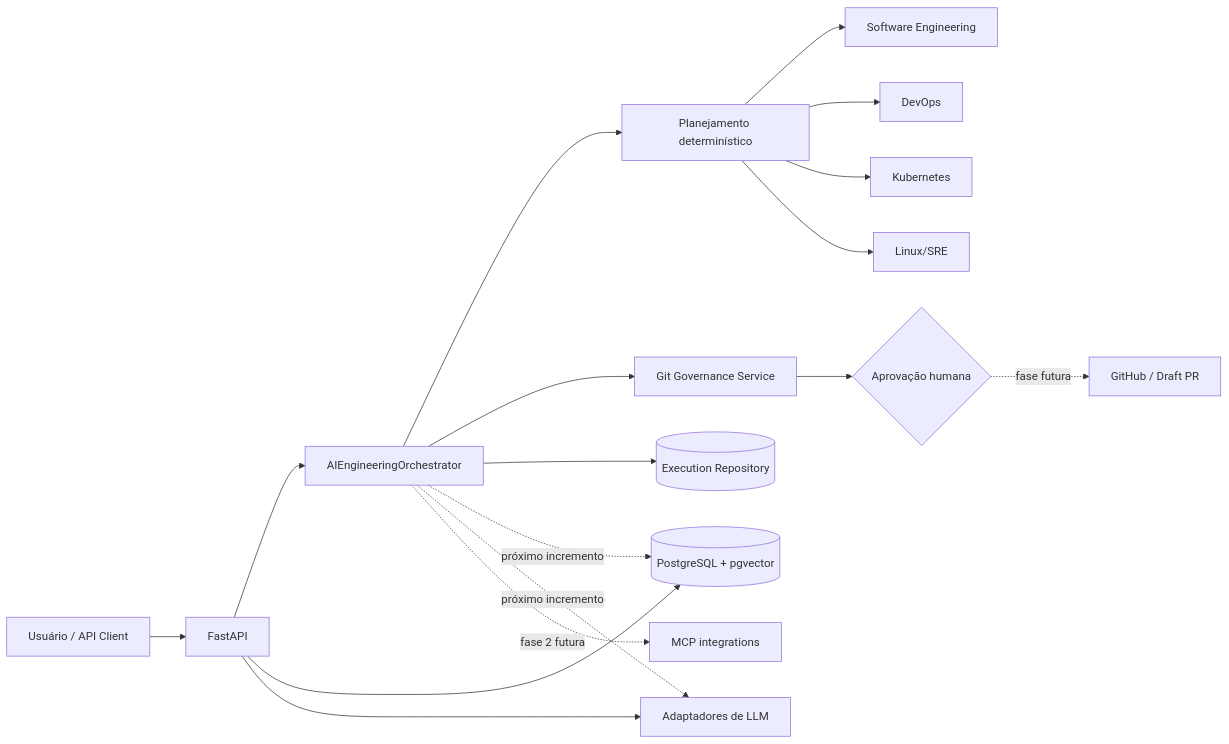
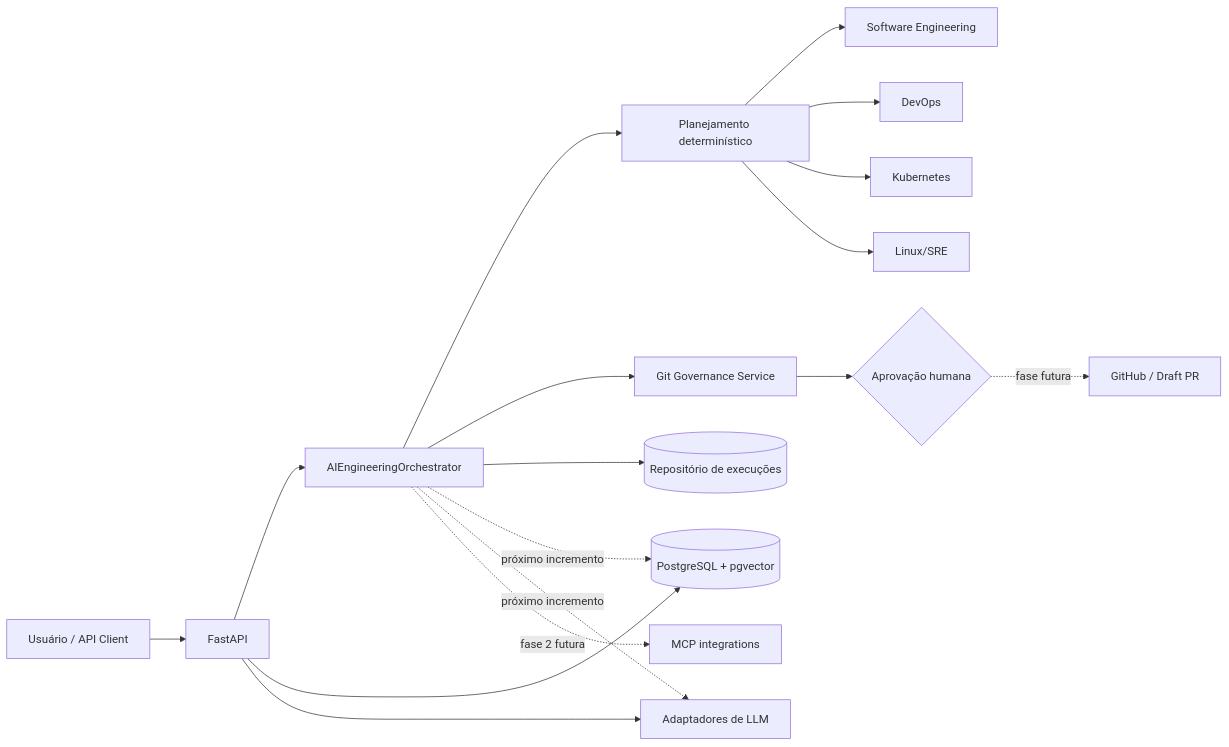
Before and after one commit to AriRoberto/ai-engineering-orchestrator: the diagram in README.md, drawn with Mermaid. The commit also changed other lines of this file and 8 other files, not shown here.

````diff
--- a/README.md
+++ b/README.md
@@ -42,19 +42,19 @@
 ```mermaid
 flowchart LR
     U[Usuário / API Client] --> API[FastAPI]
     API --> O[AIEngineeringOrchestrator]
     O --> P[Planejamento determinístico]
     P --> SE[Software Engineering]
     P --> DO[DevOps]
     P --> K8[Kubernetes]
     P --> SR[Linux/SRE]
     O --> G[Git Governance Service]
-    O --> ER[(Execution Repository)]
+    O --> ER[(Repositório de execuções)]
     G --> H{Aprovação humana}
     H -. fase futura .-> GH[GitHub / Draft PR]
     API --> KB[(PostgreSQL + pgvector)]
     API --> LLM[Adaptadores de LLM]
     O -. próximo incremento .-> KB
     O -. próximo incremento .-> LLM
     O -. fase 2 futura .-> MCP[MCP integrations]
 ```
````
